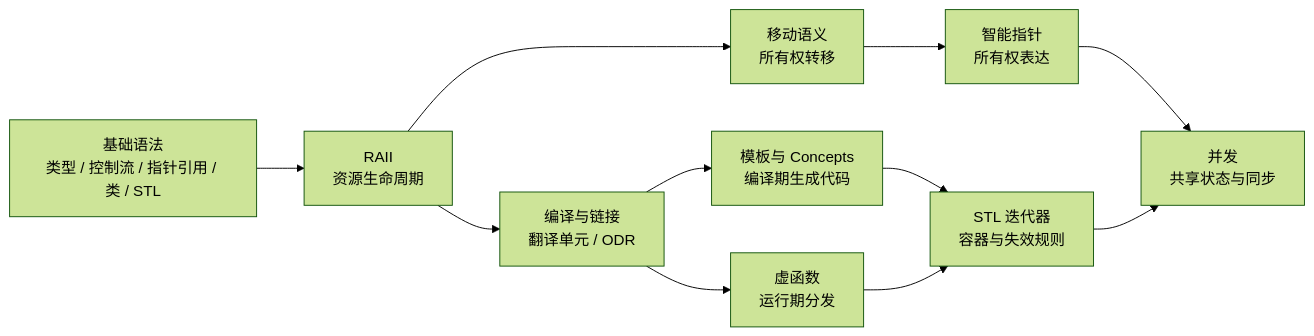
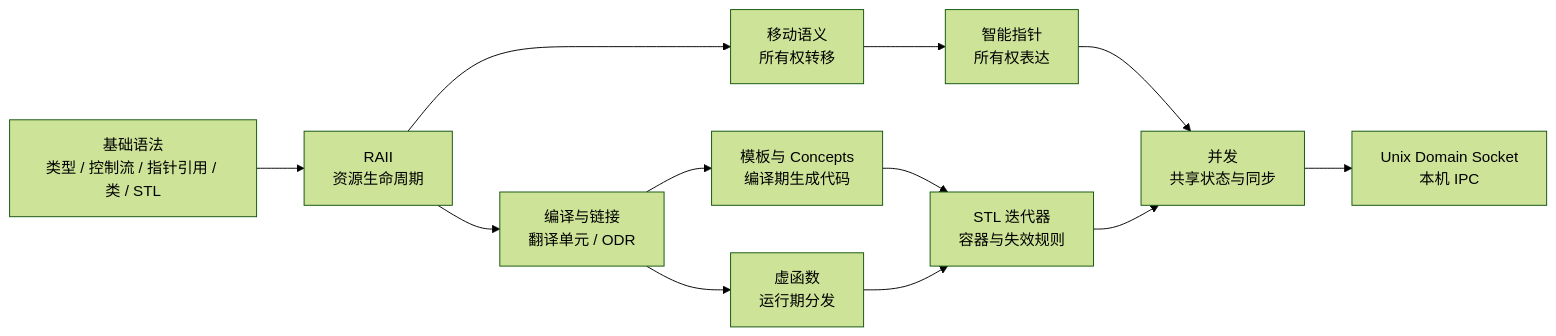
The diagram in languages/cpp/index.md (qknow-0/blog), drawn with Mermaid (forest theme) before and after one commit. The commit also changed other lines of this file and 2 other files, not shown here.

Commit message:
docs: 新增 C++ Unix Domain Socket 文章

````diff
--- a/languages/cpp/index.md
+++ b/languages/cpp/index.md
@@ -28,13 +32,14 @@
 ```mermaid
 flowchart LR
     Z["基础语法<br/>类型 / 控制流 / 指针引用 / 类 / STL"] --> A["RAII<br/>资源生命周期"]
     A --> B["移动语义<br/>所有权转移"]
     B --> C["智能指针<br/>所有权表达"]
     A --> D["编译与链接<br/>翻译单元 / ODR"]
     D --> E["模板与 Concepts<br/>编译期生成代码"]
     D --> F["虚函数<br/>运行期分发"]
     E --> G["STL 迭代器<br/>容器与失效规则"]
     F --> G
     C --> H["并发<br/>共享状态与同步"]
     G --> H
+    H --> I["Unix Domain Socket<br/>本机 IPC"]
 ```
````
